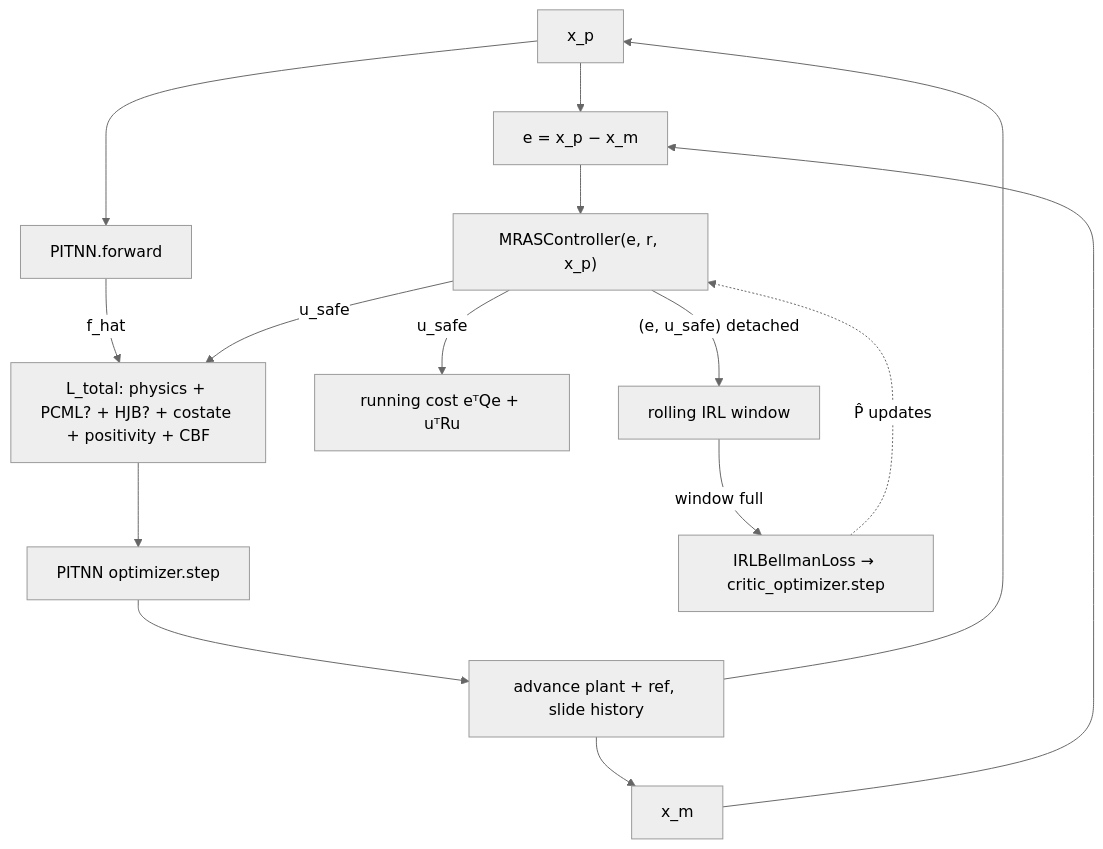
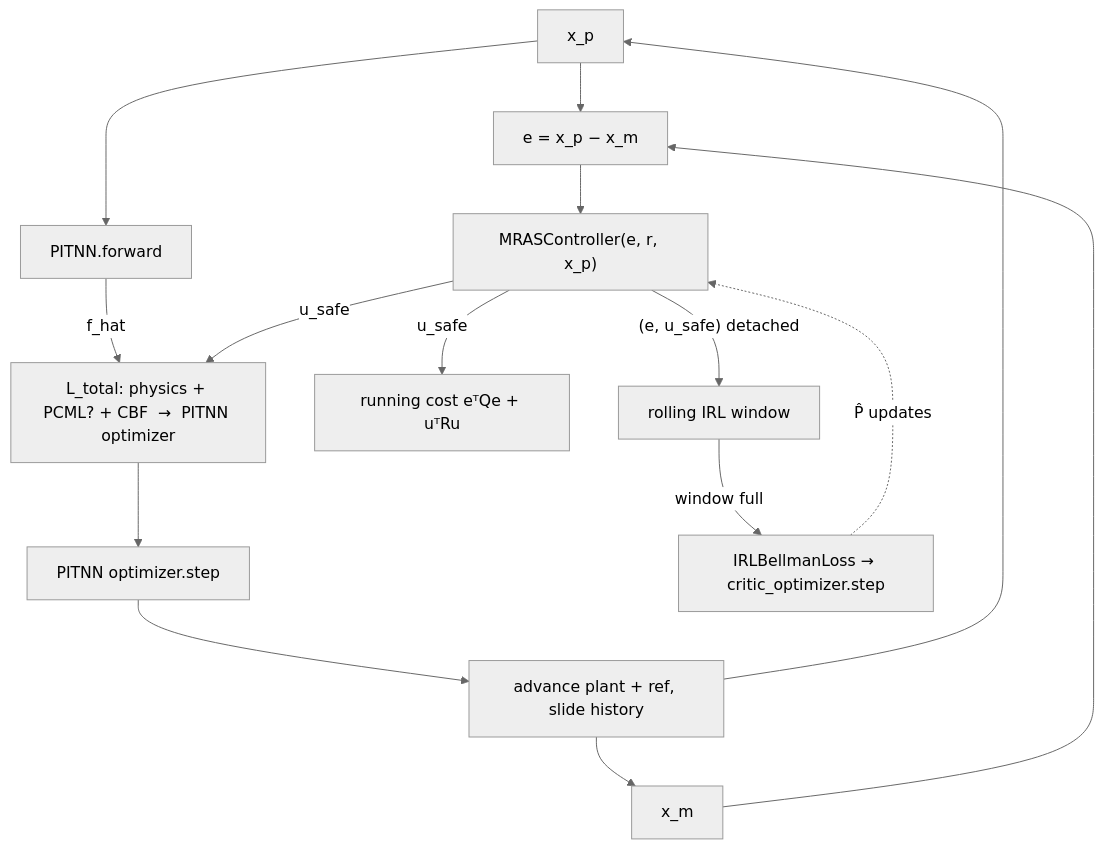
One commit to danielsimonjr/PITS-MRAS changed the second of 4 diagrams in docs/architecture/DATAFLOW.md. Above: the diagram before and after it, drawn with Mermaid (neutral theme). The commit also changed other lines of this file and 18 other files, not shown here.

First line of the commit message:
release(v0.4.0): HJB opt-in critic regularizer + costate removal

````diff
--- a/docs/architecture/DATAFLOW.md
+++ b/docs/architecture/DATAFLOW.md
@@ -359,17 +362,17 @@
 ```mermaid
 flowchart TD
     XP[x_p] --> E["e = x_p − x_m"]
     XM[x_m] --> E
     XP --> PI[PITNN.forward]
-    PI -->|f_hat| LT[L_total: physics + PCML? + HJB? + costate + positivity + CBF]
+    PI -->|f_hat| LT[L_total: physics + PCML? + CBF  →  PITNN optimizer]
     E --> CT["MRASController(e, r, x_p)"]
     CT -->|u_safe| LT
     CT -->|u_safe| RC["running cost eᵀQe + uᵀRu"]
     LT --> SP[PITNN optimizer.step]
     CT -->|"(e, u_safe) detached"| IRLW[rolling IRL window]
     IRLW -->|window full| IRL[IRLBellmanLoss → critic_optimizer.step]
     IRL -.->|P̂ updates| CT
     SP --> ADV["advance plant + ref, slide history"]
     ADV --> XP
     ADV --> XM
 ```
````
